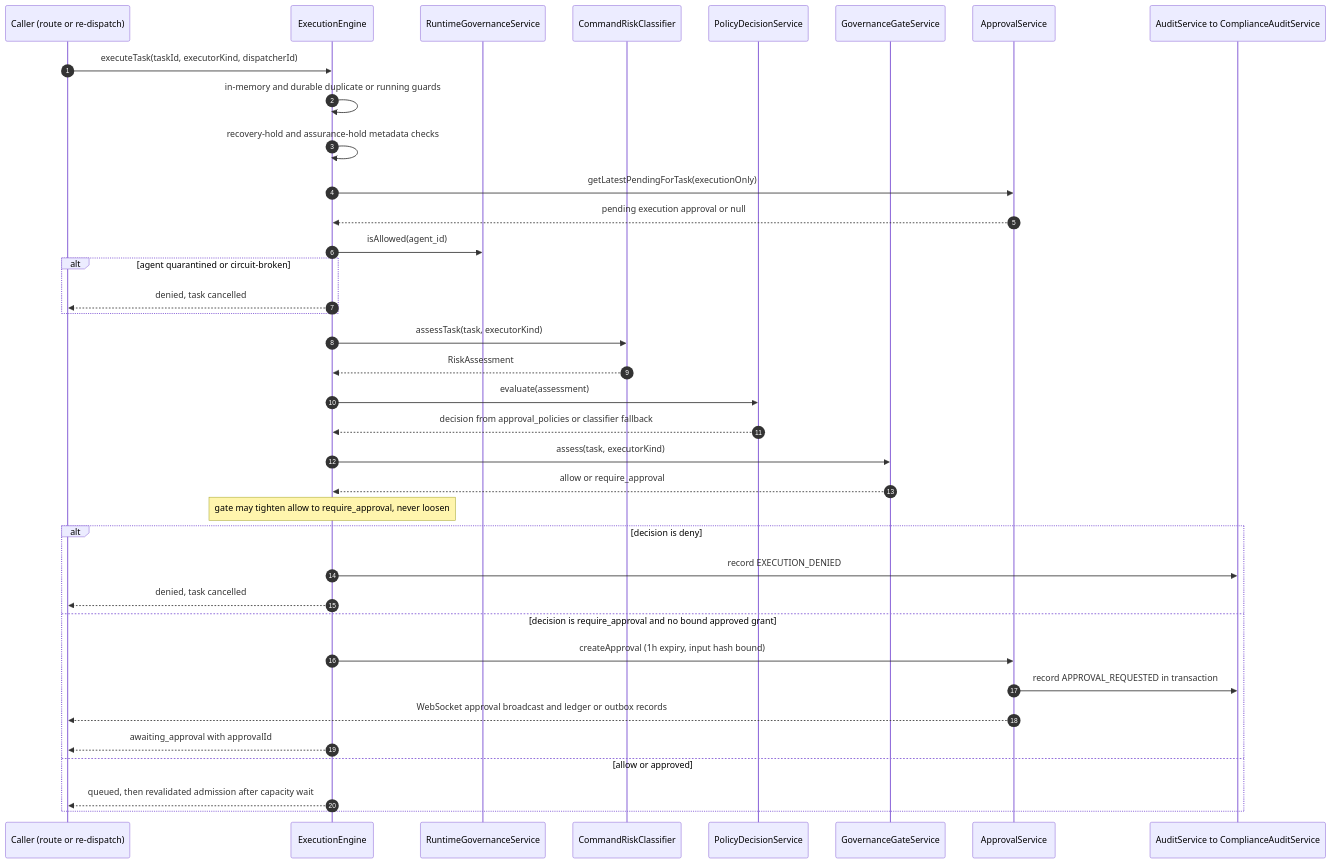
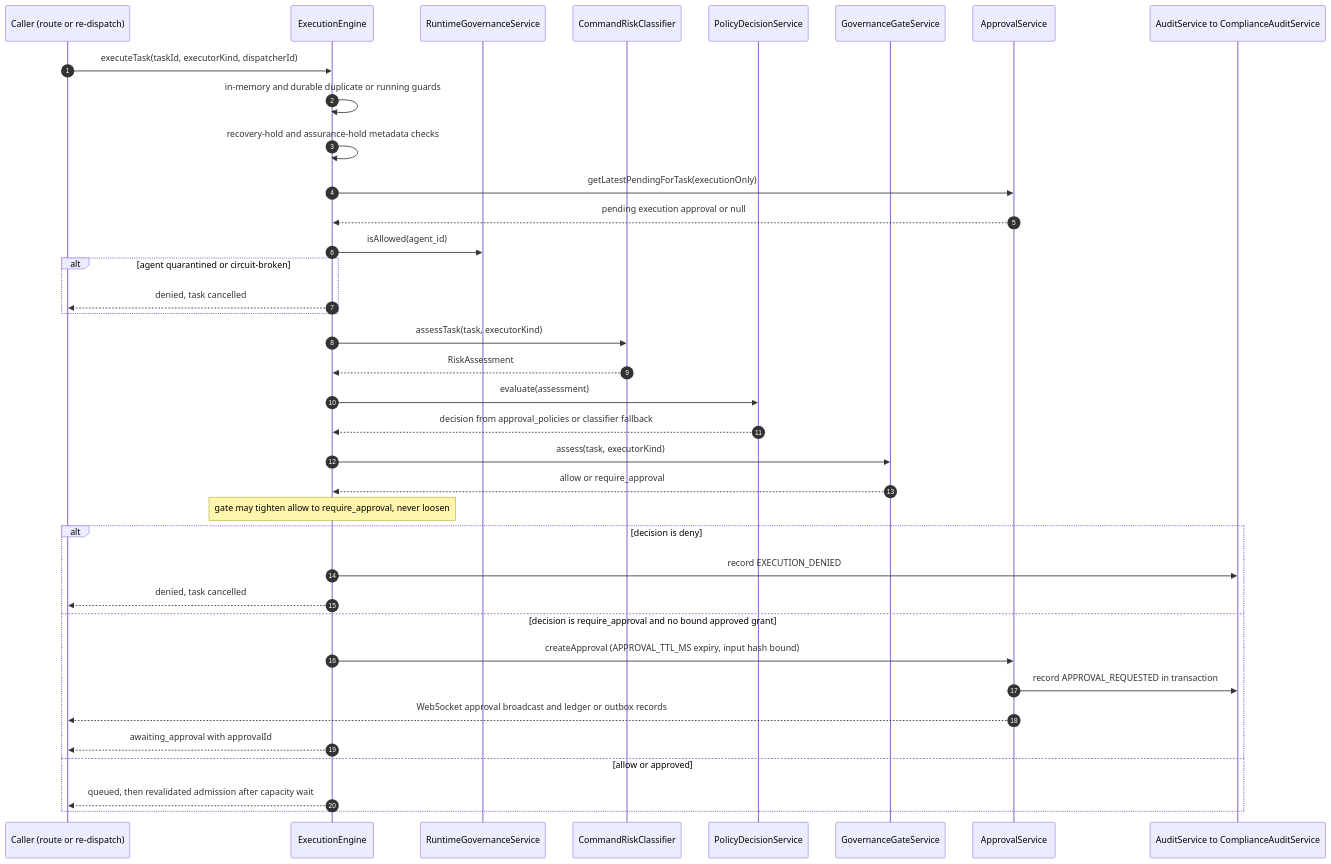
Before and after one commit to djimit/djimitflo: the diagram in openwiki/concepts/governance-pipeline.md, drawn with Mermaid. The commit also changed other lines of this file and 41 other files, not shown here.

````diff
--- a/openwiki/concepts/governance-pipeline.md
+++ b/openwiki/concepts/governance-pipeline.md
@@ -77,40 +79,40 @@
 ```mermaid
 sequenceDiagram
     autonumber
     participant C as Caller (route or re-dispatch)
     participant E as ExecutionEngine
     participant R as RuntimeGovernanceService
     participant K as CommandRiskClassifier
     participant P as PolicyDecisionService
     participant G as GovernanceGateService
     participant A as ApprovalService
     participant D as AuditService to ComplianceAuditService
 
     C->>E: executeTask(taskId, executorKind, dispatcherId)
     E->>E: in-memory and durable duplicate or running guards
     E->>E: recovery-hold and assurance-hold metadata checks
     E->>A: getLatestPendingForTask(executionOnly)
     A-->>E: pending execution approval or null
     E->>R: isAllowed(agent_id)
     alt agent quarantined or circuit-broken
         E-->>C: denied, task cancelled
     end
     E->>K: assessTask(task, executorKind)
     K-->>E: RiskAssessment
     E->>P: evaluate(assessment)
     P-->>E: decision from approval_policies or classifier fallback
     E->>G: assess(task, executorKind)
     G-->>E: allow or require_approval
     Note over E: gate may tighten allow to require_approval, never loosen
     alt decision is deny
         E->>D: record EXECUTION_DENIED
         E-->>C: denied, task cancelled
     else decision is require_approval and no bound approved grant
-        E->>A: createApproval (1h expiry, input hash bound)
+        E->>A: createApproval (APPROVAL_TTL_MS expiry, input hash bound)
         A->>D: record APPROVAL_REQUESTED in transaction
         A-->>C: WebSocket approval broadcast and ledger or outbox records
         E-->>C: awaiting_approval with approvalId
     else allow or approved
         E-->>C: queued, then revalidated admission after capacity wait
     end
 ```
````
